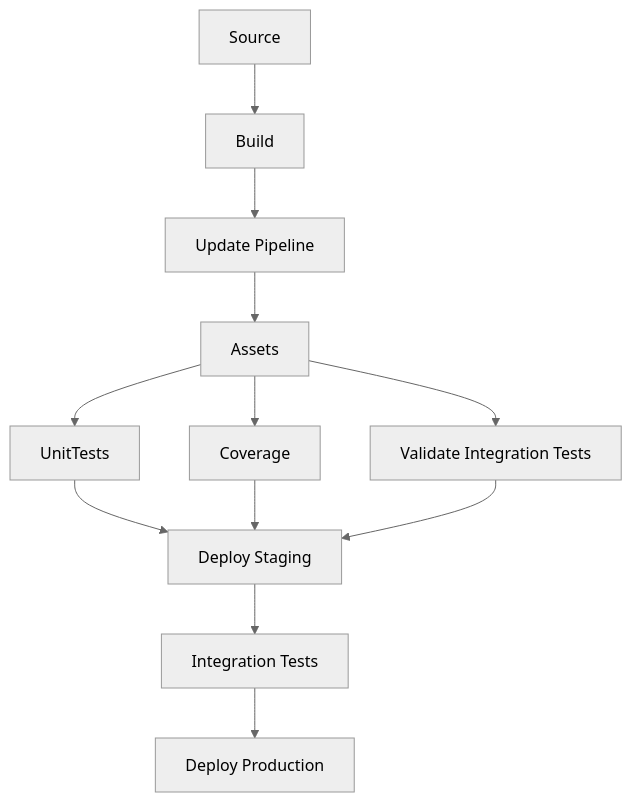
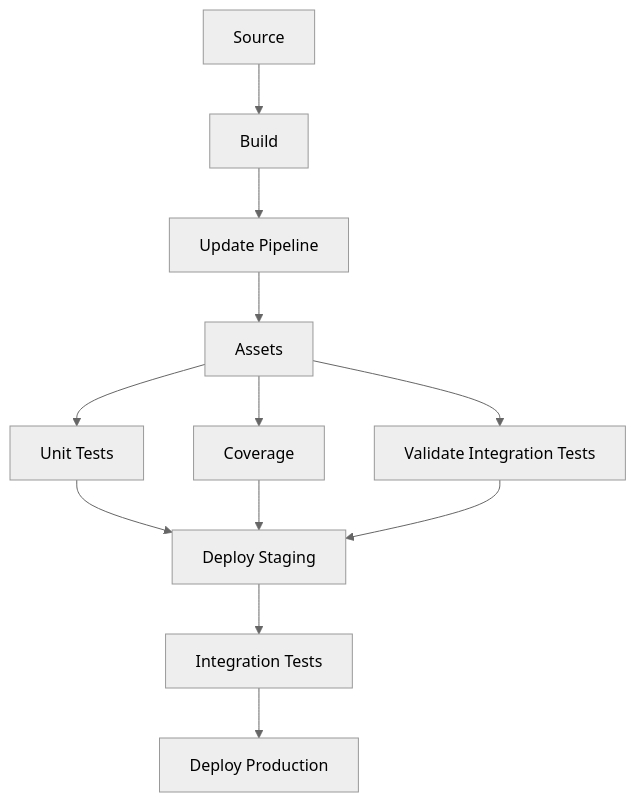
Before and after one commit to GuiPimenta-Dev/lambda-forge-docs: the third of 3 diagrams in docs/page5.md, drawn with Mermaid (neutral theme). The commit also changed other lines of this file and 28 other files, not shown here.

````diff
--- a/docs/page5.md
+++ b/docs/page5.md
@@ -281,14 +371,14 @@
 ```mermaid
 graph TD;
     Source --> Build;
     Build --> UpdatePipeline[Update Pipeline]
     UpdatePipeline --> Assets
-    Assets --> UnitTests
+    Assets --> UnitTests[Unit Tests]
     Assets --> Coverage
     Assets --> ValidateIntegrationTests[Validate Integration Tests]
     UnitTests --> DeployStaging[Deploy Staging]
     Coverage --> DeployStaging
     ValidateIntegrationTests --> DeployStaging
     DeployStaging --> IntegrationTests[Integration Tests]
     IntegrationTests --> DeployProduction[Deploy Production]
 ```
````
